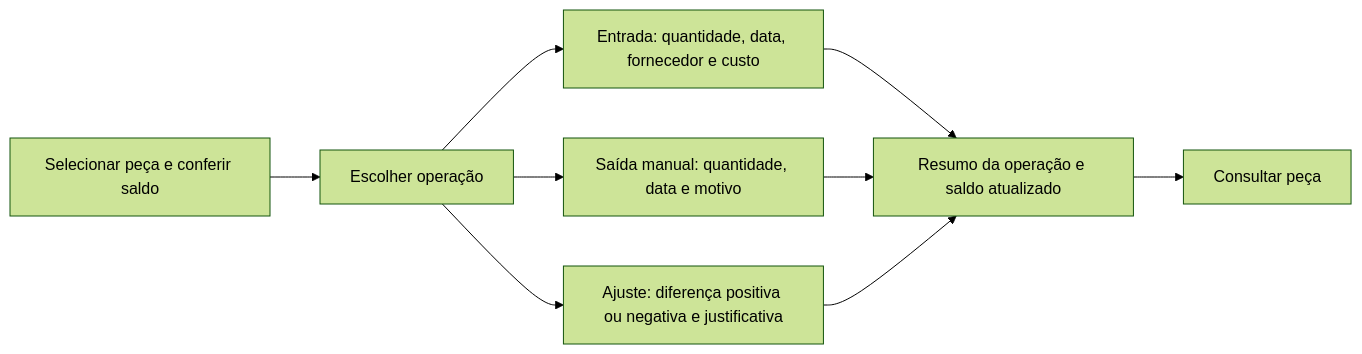
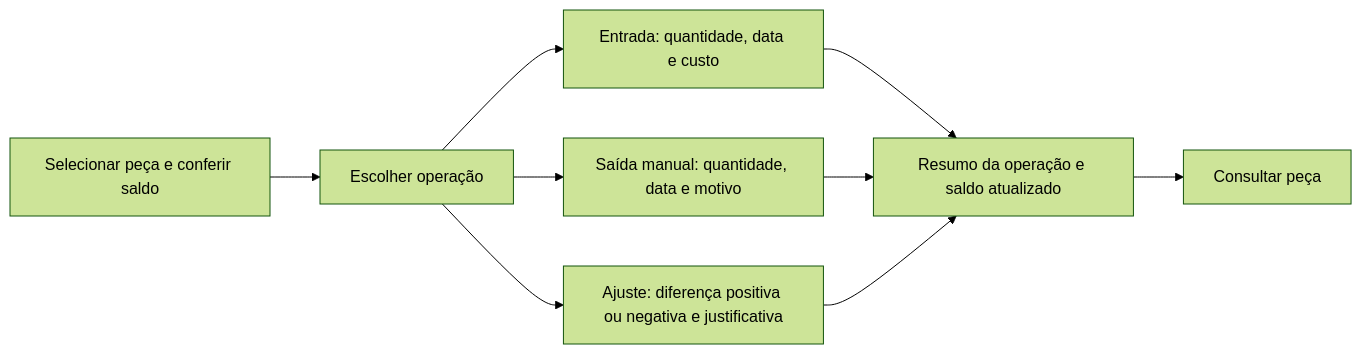
Before and after one commit to mdsreq-fga-unb/REQ-202562-T02-TSI-AutoPecas: the diagram in docs/prototipos/04-estoque.md, drawn with Mermaid (forest theme). The commit also changed other lines of this file and 2 other files, not shown here.

Commit message:
docs: remove fornecedor do protótipo de entrada e alinha evidência ao MVP de 12 US (#52)

````diff
--- a/docs/prototipos/04-estoque.md
+++ b/docs/prototipos/04-estoque.md
@@ -18,11 +18,11 @@
 ```mermaid
 flowchart LR
     A[Selecionar peça e conferir saldo] --> B[Escolher operação]
-    B --> C[Entrada: quantidade, data, fornecedor e custo]
+    B --> C[Entrada: quantidade, data e custo]
     B --> D[Saída manual: quantidade, data e motivo]
     B --> E[Ajuste: diferença positiva ou negativa e justificativa]
     C --> F[Resumo da operação e saldo atualizado]
     D --> F
     E --> F
     F --> G[Consultar peça]
 ```
````
